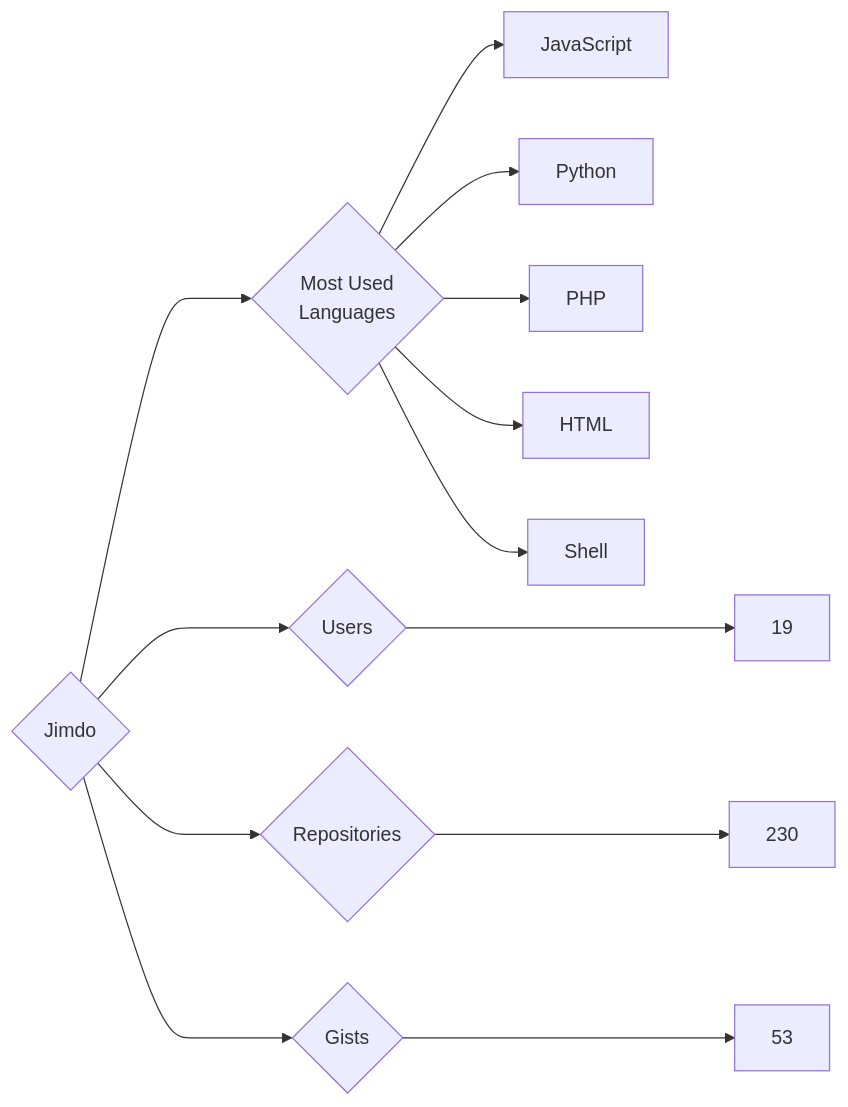
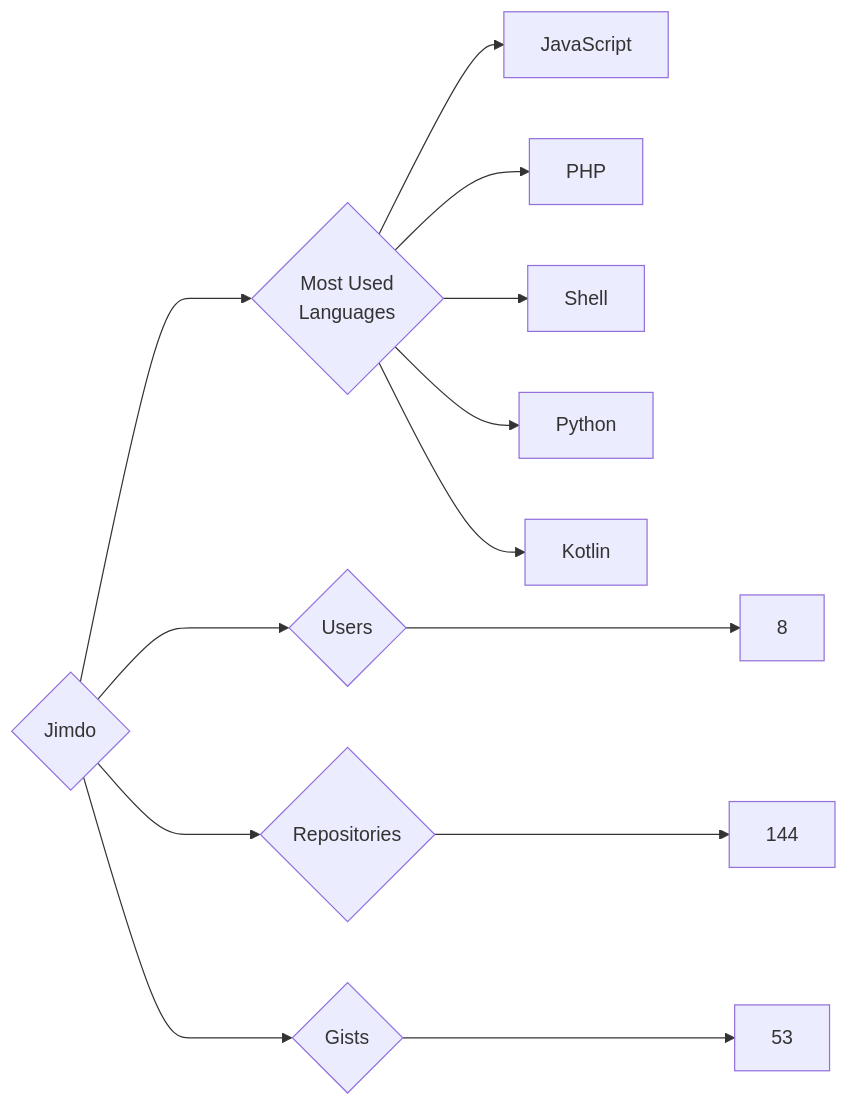
One commit to trickest/insiders changed the diagram in targets/Jimdo/README.md. Above: the diagram before and after it, drawn with Mermaid. The commit also changed 860 other files, not shown here.

````diff
--- a/targets/Jimdo/README.md
+++ b/targets/Jimdo/README.md
@@ -3,13 +3,13 @@
 ```mermaid
 graph LR
 COMPANY_NAME{Jimdo}
-COMPANY_NAME ---> U{Users} ---> UN[19]
-COMPANY_NAME ---> R{Repositories} ---> RN[230]
+COMPANY_NAME ---> U{Users} ---> UN[8]
+COMPANY_NAME ---> R{Repositories} ---> RN[144]
 COMPANY_NAME ---> G{Gists} ---> GN[53]
 COMPANY_NAME ---> ML{Most Used<br>Languages}
 ML --> JavaScript[JavaScript]
+ML --> PHP[PHP]
+ML --> Shell[Shell]
 ML --> Python[Python]
-ML --> PHP[PHP]
-ML --> HTML[HTML]
-ML --> Shell[Shell]
+ML --> Kotlin[Kotlin]
 ```
````
